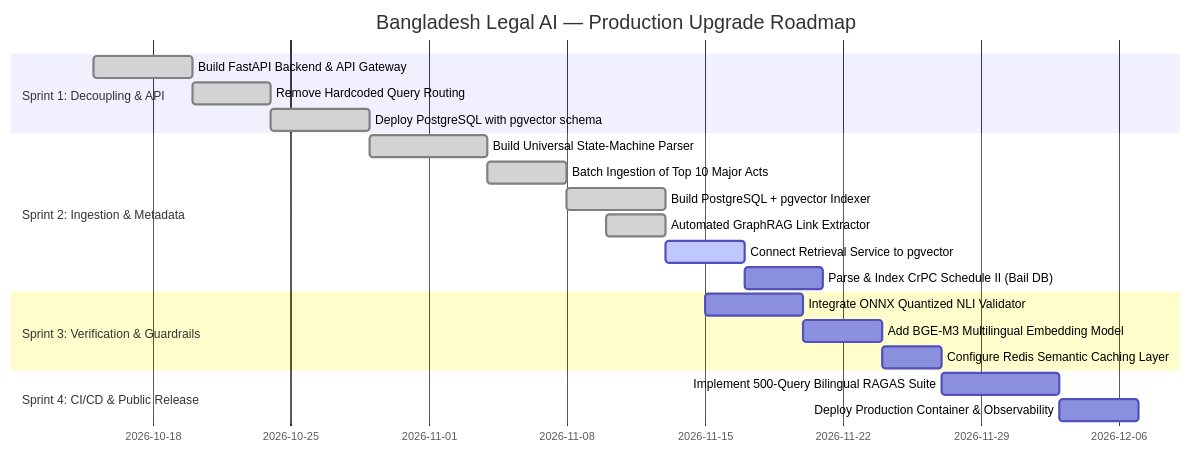
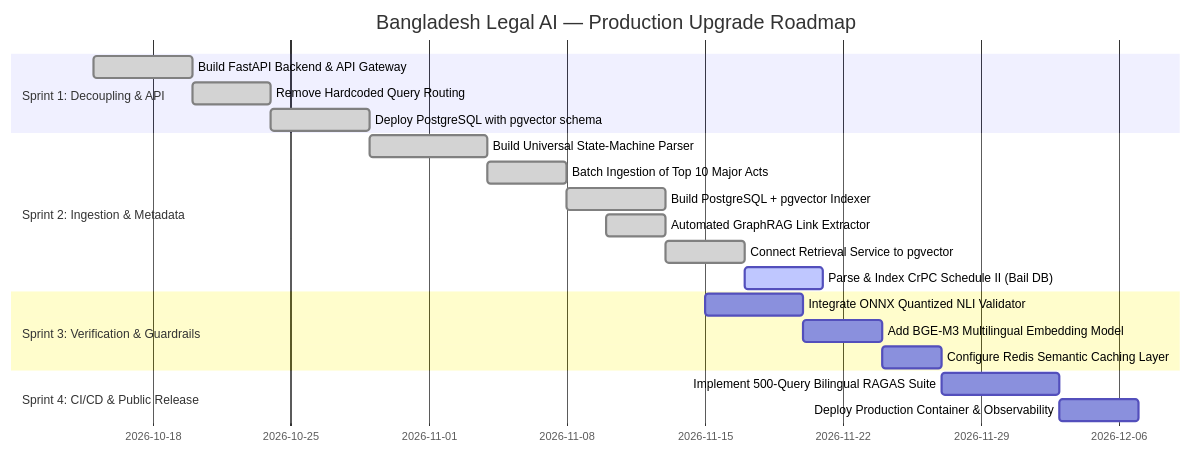
The third of 3 diagrams in docs/PRODUCTION_ARCHITECTURE_AND_ROADMAP.md (bringerofdarkness/bd-legal-ai), drawn with Mermaid before and after one commit. The commit also changed other lines of this file and 1 other file, not shown here.

Commit message:
feat(retrieval): connect hybrid search to PostgreSQL pgvector with GraphRAG 1-hop expansion

````diff
--- a/docs/PRODUCTION_ARCHITECTURE_AND_ROADMAP.md
+++ b/docs/PRODUCTION_ARCHITECTURE_AND_ROADMAP.md
@@ -394,23 +394,23 @@
 ```mermaid
 gantt
     title Bangladesh Legal AI — Production Upgrade Roadmap
     dateFormat  YYYY-MM-DD
     section Sprint 1: Decoupling & API
     Build FastAPI Backend & API Gateway       :done, s1_1, 2026-10-15, 5d
     Remove Hardcoded Query Routing            :done, s1_2, 2026-10-20, 4d
     Deploy PostgreSQL with pgvector schema    :done, s1_3, 2026-10-24, 5d
     section Sprint 2: Ingestion & Metadata
     Build Universal State-Machine Parser      :done, s2_1, 2026-10-29, 6d
     Batch Ingestion of Top 10 Major Acts      :done, s2_2, 2026-11-04, 4d
     Build PostgreSQL + pgvector Indexer       :done, s2_3, 2026-11-08, 5d
     Automated GraphRAG Link Extractor         :done, s2_4, 2026-11-10, 3d
-    Connect Retrieval Service to pgvector     :active, s2_5, 2026-11-13, 4d
-    Parse & Index CrPC Schedule II (Bail DB)  :s2_6, 2026-11-17, 4d
+    Connect Retrieval Service to pgvector     :done, s2_5, 2026-11-13, 4d
+    Parse & Index CrPC Schedule II (Bail DB)  :active, s2_6, 2026-11-17, 4d
     section Sprint 3: Verification & Guardrails
     Integrate ONNX Quantized NLI Validator    :s3_1, 2026-11-15, 5d
     Add BGE-M3 Multilingual Embedding Model   :s3_2, 2026-11-20, 4d
     Configure Redis Semantic Caching Layer    :s3_3, 2026-11-24, 3d
     section Sprint 4: CI/CD & Public Release
     Implement 500-Query Bilingual RAGAS Suite :s4_1, 2026-11-27, 6d
     Deploy Production Container & Observability:s4_2, 2026-12-03, 4d
 ```
````
